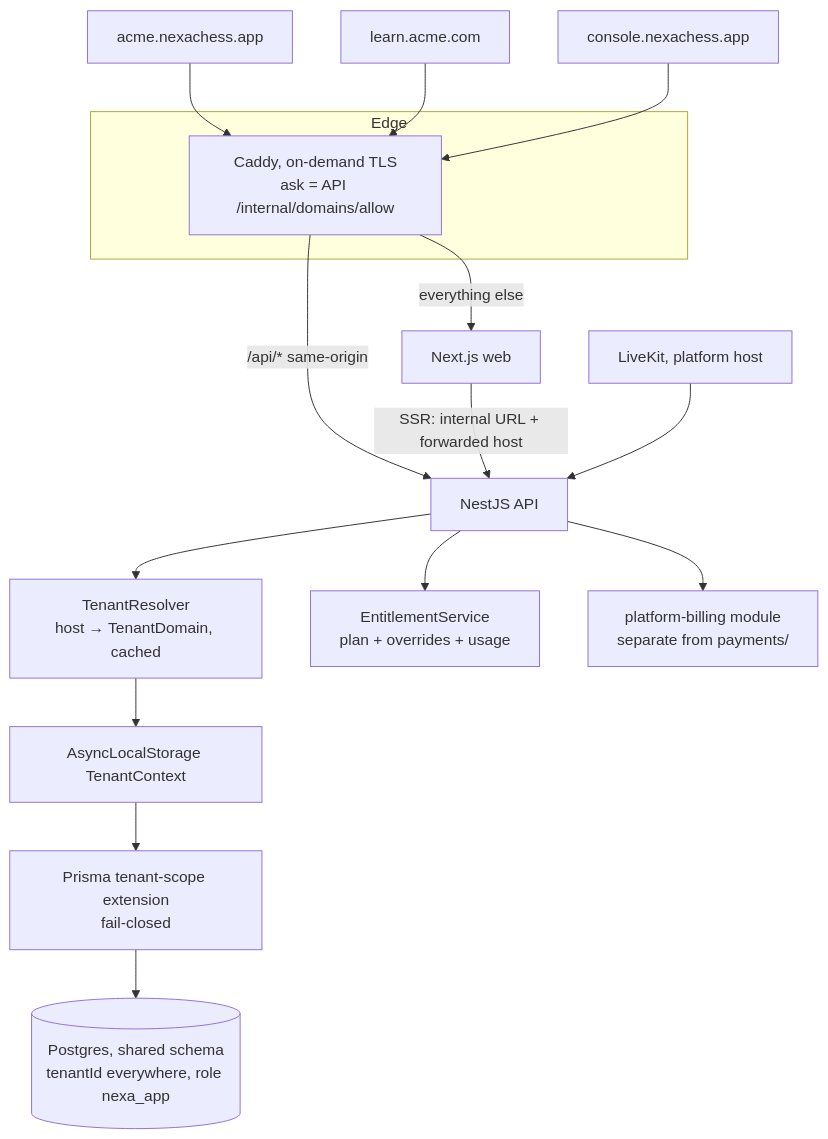
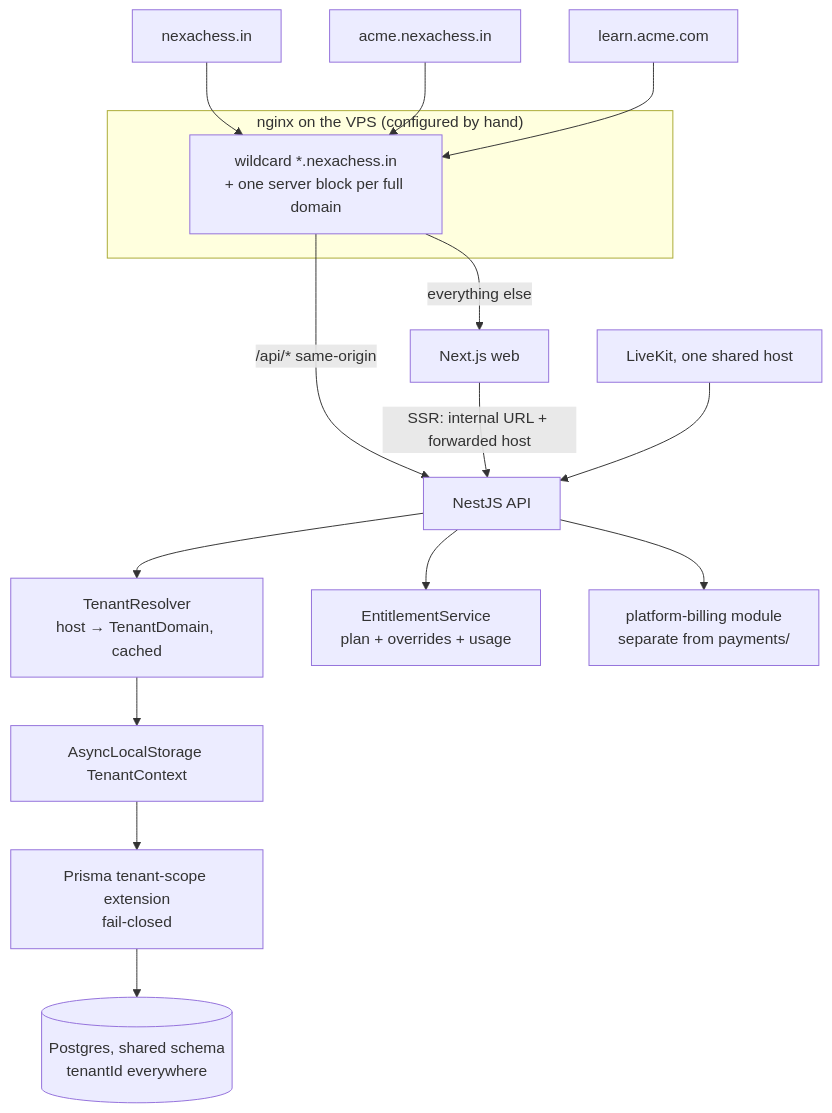
Before and after one commit to pradeepsalamon/NexaGen: the second of 2 diagrams in docs/SAAS_MULTI_TENANCY.md, drawn with Mermaid. The commit also changed other lines of this file and 2 other files, not shown here.

First line of the commit message:
docs(saas): merge multi-tenant plan into one doc and record identity decisions

````diff
--- a/docs/SAAS_MULTI_TENANCY.md
+++ b/docs/SAAS_MULTI_TENANCY.md
@@ -100,19 +196,19 @@
 ```mermaid
 flowchart TB
-  subgraph Edge
-    C[Caddy, on-demand TLS<br/>ask = API /internal/domains/allow]
+  subgraph Edge["nginx on the VPS (configured by hand)"]
+    N[wildcard *.nexachess.in<br/>+ one server block per full domain]
   end
-  B1[acme.nexachess.app] --> C
-  B2[learn.acme.com] --> C
-  B3[console.nexachess.app] --> C
-  C -->|/api/* same-origin| A[NestJS API]
-  C -->|everything else| W[Next.js web]
+  B0[nexachess.in] --> N
+  B1[acme.nexachess.in] --> N
+  B2[learn.acme.com] --> N
+  N -->|/api/* same-origin| A[NestJS API]
+  N -->|everything else| W[Next.js web]
   W -->|SSR: internal URL + forwarded host| A
   A --> TR[TenantResolver<br/>host → TenantDomain, cached]
   TR --> CTX[AsyncLocalStorage TenantContext]
   CTX --> EXT[Prisma tenant-scope extension<br/>fail-closed]
-  EXT --> PG[(Postgres, shared schema<br/>tenantId everywhere, role nexa_app)]
+  EXT --> PG[(Postgres, shared schema<br/>tenantId everywhere)]
   A --> ENT[EntitlementService<br/>plan + overrides + usage]
   A --> PB[platform-billing module<br/>separate from payments/]
-  LK[LiveKit, platform host] --> A
+  LK[LiveKit, one shared host] --> A
 ```
````
